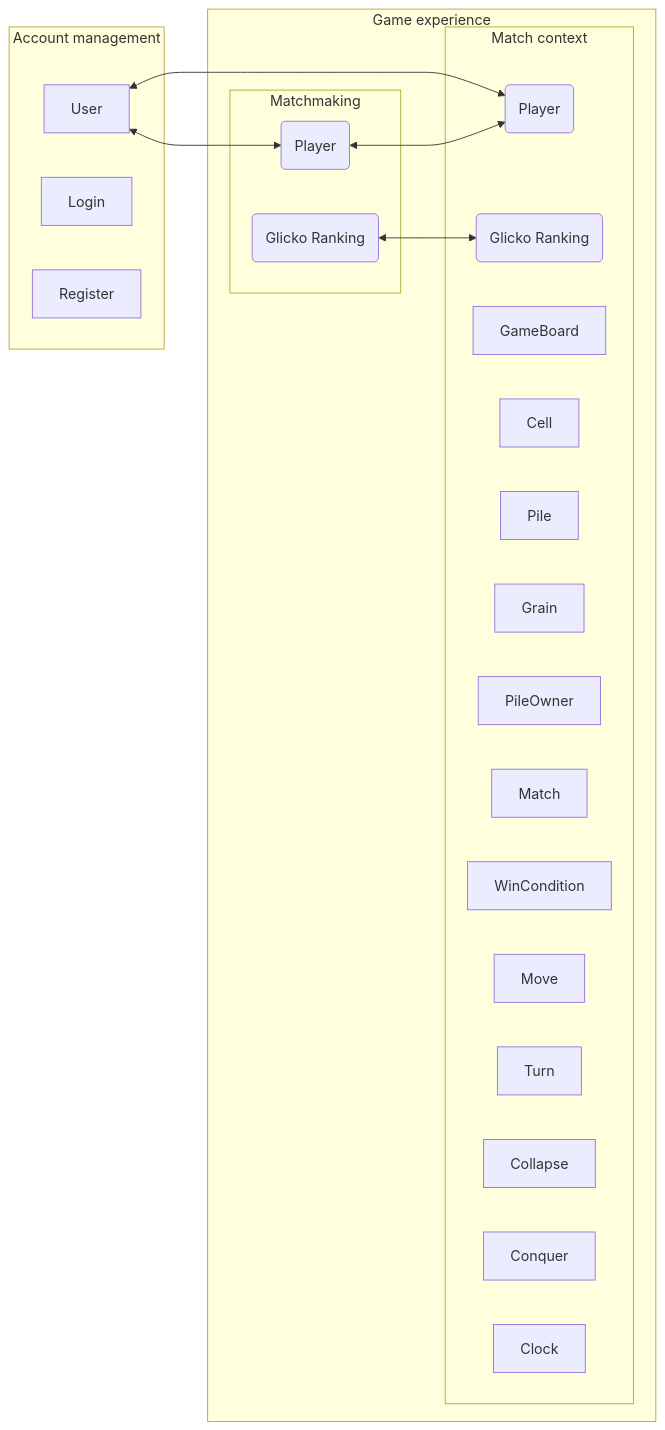
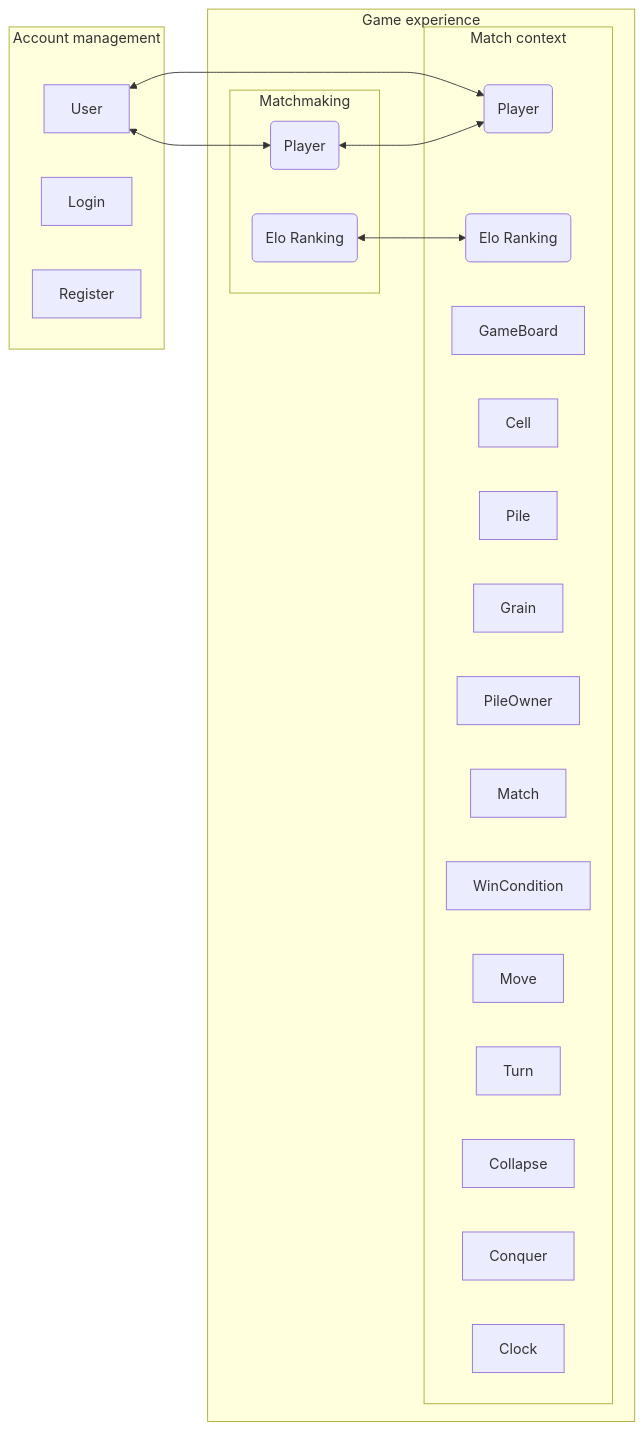
Before and after one commit to AndreaB2000/ASW-project: the second of 7 diagrams in docs/report.md, drawn with Mermaid. The commit also changed other lines of this file and 1 other file, not shown here.

Commit message:
docs: replace glicko references with elo

````diff
--- a/docs/report.md
+++ b/docs/report.md
@@ -232,33 +232,33 @@
 ```mermaid
 graph LR
    subgraph gameExperience["Game experience"]
       subgraph matchContext["Match context"]
          player1("Player")
-         glickoRanking1("Glicko Ranking")
+         eloRanking1("Elo Ranking")
          GameBoard
          Cell
          Pile
          Grain
          PileOwner
          Match
          WinCondition
          Move
          Turn
          Collapse
          Conquer
          Clock
       end
 
       subgraph matchMaking["Matchmaking"]
-         glickoRanking2("Glicko Ranking") <--> glickoRanking1
+         eloRanking2("Elo Ranking") <--> eloRanking1
          player2("Player") <--> player1
       end
    end
 
    subgraph accountManagement["Account management"]
       User <--> player1
       User <--> player2
       Login
       Register
    end
 ```
````
